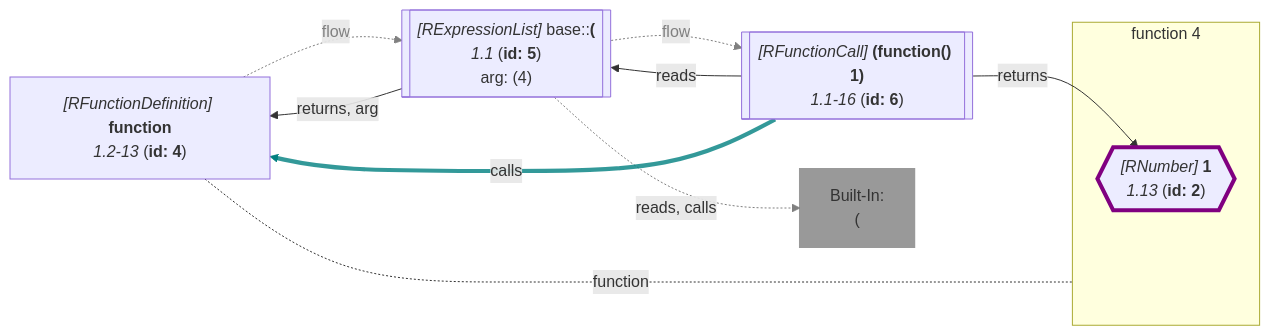
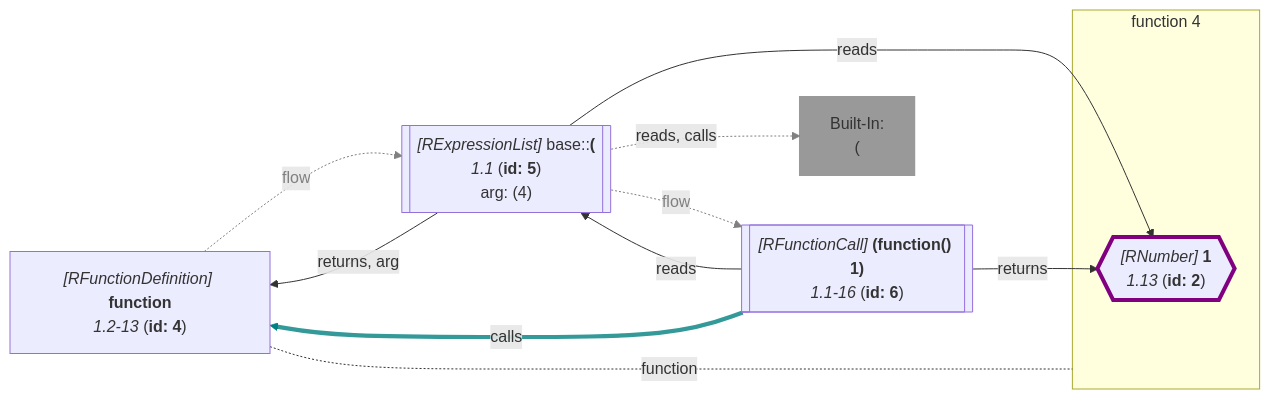
One commit to flowr-analysis/flowr changed diagram 19 of 60 in wiki/Dataflow Graph.md. Above: the diagram before and after it, drawn with Mermaid. The commit also changed other lines of this file and 37 other files, not shown here.

````diff
--- a/wiki/Dataflow Graph.md
+++ b/wiki/Dataflow Graph.md
@@ -2180,33 +2180,34 @@
 ```mermaid
 flowchart LR
     4["`*#91;RFunctionDefinition#93;* **function**
       *1.2-13* (**id: 4**)`"]
 
 subgraph "flow-4" [function 4]
     2{{"`*#91;RNumber#93;* **1**
       *1.13* (**id: 2**)`"}}
    %% No edges found for 2
     style 2 stroke:purple,stroke-width:4px; 
 end
     5[["`*#91;RExpressionList#93;* base#58;#58;**(**
       *1.1* (**id: 5**)
     arg: (4)`"]]
     built-in:_["`Built-In:
 (`"]
     style built-in:_ stroke:gray,fill:gray,stroke-width:2px,opacity:.8;
     6[["`*#91;RFunctionCall#93;* **(function() 1)**
       *1.1-16* (**id: 6**)`"]]
 4 -.-|function| flow-4
 
     4 -.->|"flow"| 5
     linkStyle 1 stroke:gray,color:gray;
+    5 -->|"reads"| 2
     5 -->|"returns, arg"| 4
     5 -.->|"flow"| 6
-    linkStyle 3 stroke:gray,color:gray;
+    linkStyle 4 stroke:gray,color:gray;
     5 -.->|"reads, calls"| built-in:_
-    linkStyle 4 stroke:gray;
+    linkStyle 5 stroke:gray;
     6 -->|"reads"| 5
     6 -->|"returns"| 2
     6 -->|"calls"| 4
-    linkStyle 7 stroke:teal,stroke-width:4.2px,stroke-opacity:.8
+    linkStyle 8 stroke:teal,stroke-width:4.2px,stroke-opacity:.8
 ```
````
